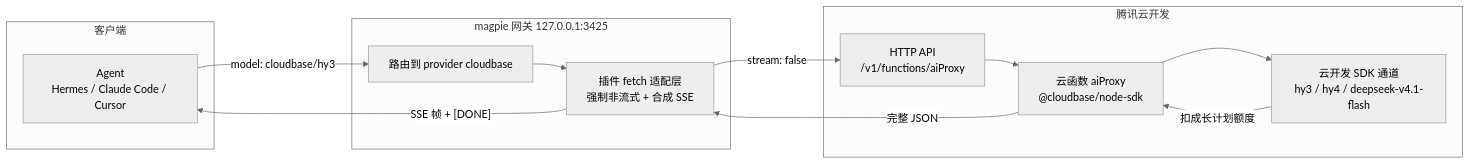
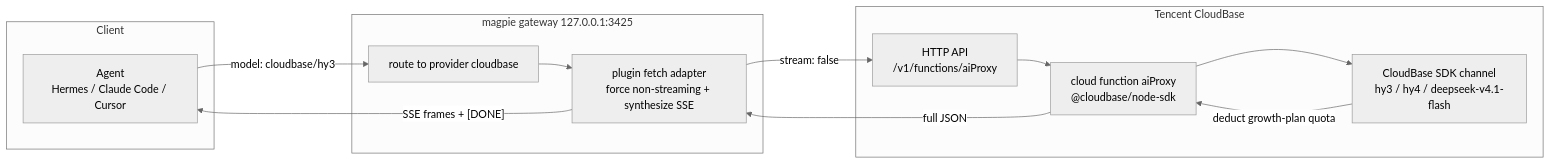
One commit to Le0nByte/opencode-cloudbase-auth changed the diagram in README.md. Above: the diagram before and after it, drawn with Mermaid (neutral theme). The commit also changed other lines of this file and 2 other files, not shown here.

````diff
--- a/README.md
+++ b/README.md
@@ -26,23 +34,23 @@
 ```mermaid
 flowchart LR
-  subgraph client["客户端"]
+  subgraph client["Client"]
     A["Agent<br/>Hermes / Claude Code / Cursor"]
   end
 
-  subgraph magpie["magpie 网关 127.0.0.1:3425"]
-    B["路由到 provider cloudbase"]
-    C["插件 fetch 适配层<br/>强制非流式 + 合成 SSE"]
+  subgraph magpie["magpie gateway 127.0.0.1:3425"]
+    B["route to provider cloudbase"]
+    C["plugin fetch adapter<br/>force non-streaming + synthesize SSE"]
   end
 
-  subgraph cb["腾讯云开发"]
+  subgraph cb["Tencent CloudBase"]
     D["HTTP API<br/>/v1/functions/aiProxy"]
-    E["云函数 aiProxy<br/>@cloudbase/node-sdk"]
-    F["云开发 SDK 通道<br/>hy3 / hy4 / deepseek-v4.1-flash"]
+    E["cloud function aiProxy<br/>@cloudbase/node-sdk"]
+    F["CloudBase SDK channel<br/>hy3 / hy4 / deepseek-v4.1-flash"]
   end
 
   A -->|"model: cloudbase/hy3"| B --> C
   C -->|"stream: false"| D --> E --> F
-  F -->|"扣成长计划额度"| E
-  E -->|"完整 JSON"| C
-  C -->|"SSE 帧 + [DONE]"| A
+  F -->|"deduct growth-plan quota"| E
+  E -->|"full JSON"| C
+  C -->|"SSE frames + [DONE]"| A
 ```
````
